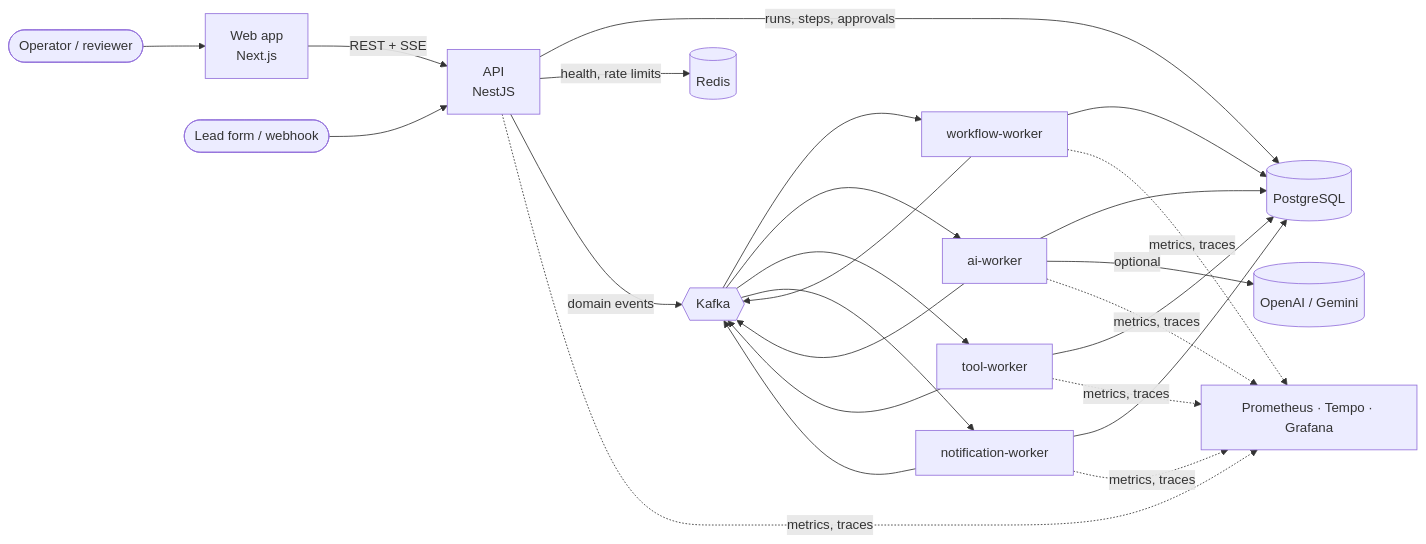
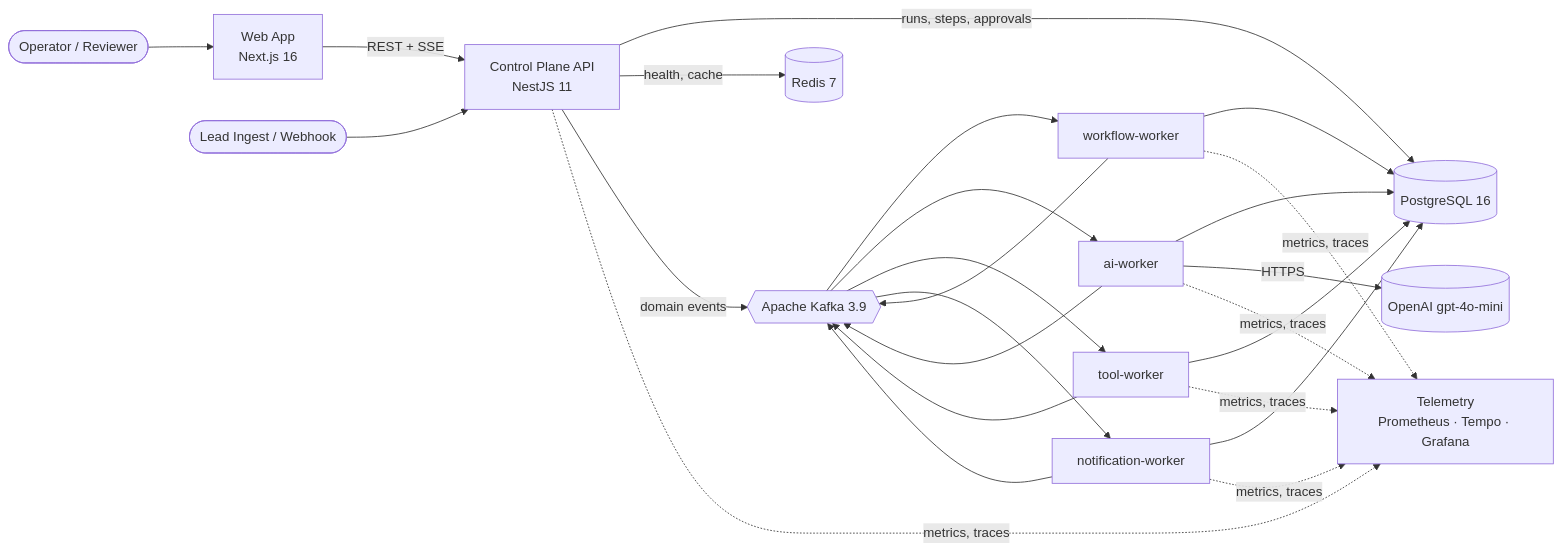
One commit to foxxiee04/AgentOps-AI-Agent-Workflow-Automation-Platform changed the first of 4 diagrams in docs/system-documentation.md. Above: the diagram before and after it, drawn with Mermaid. The commit also changed other lines of this file and 7 other files, not shown here.

Commit message:
docs: API, security, AI agent, roadmap, decisions and system overview

````diff
--- a/docs/system-documentation.md
+++ b/docs/system-documentation.md
@@ -48,31 +60,32 @@
 ```mermaid
 flowchart LR
-  user([Operator / reviewer]) --> web[Web app<br/>Next.js]
-  lead([Lead form / webhook]) --> api
-  web -->|REST + SSE| api[API<br/>NestJS]
+    user([Operator / Reviewer]) --> web[Web App<br/>Next.js 16]
+    lead([Lead Ingest / Webhook]) --> api
+    web -->|REST + SSE| api[Control Plane API<br/>NestJS 11]
 
-  api -->|runs, steps, approvals| pg[(PostgreSQL)]
-  api -->|health, rate limits| redis[(Redis)]
-  api -->|domain events| kafka{{Kafka}}
+    api -->|runs, steps, approvals| pg[(PostgreSQL 16)]
+    api -->|health, cache| redis[(Redis 7)]
+    api -->|domain events| kafka{{Apache Kafka 3.9}}
 
-  kafka --> ww[workflow-worker]
-  kafka --> aw[ai-worker]
-  kafka --> tw[tool-worker]
-  kafka --> nw[notification-worker]
-  ww --> kafka
-  aw --> kafka
-  tw --> kafka
-  nw --> kafka
+    kafka --> ww[workflow-worker]
+    kafka --> aw[ai-worker]
+    kafka --> tw[tool-worker]
+    kafka --> nw[notification-worker]
 
-  ww --> pg
-  aw --> pg
-  tw --> pg
-  nw --> pg
-  aw -->|optional| llm[(OpenAI / Gemini)]
+    ww --> kafka
+    aw --> kafka
+    tw --> kafka
+    nw --> kafka
 
-  api -. metrics, traces .-> obs[Prometheus · Tempo · Grafana]
-  ww -. metrics, traces .-> obs
-  aw -. metrics, traces .-> obs
-  tw -. metrics, traces .-> obs
-  nw -. metrics, traces .-> obs
+    ww --> pg
+    aw --> pg
+    tw --> pg
+    nw --> pg
+    aw -->|HTTPS| llm[(OpenAI gpt-4o-mini)]
+
+    api -. metrics, traces .-> obs[Telemetry<br/>Prometheus · Tempo · Grafana]
+    ww -. metrics, traces .-> obs
+    aw -. metrics, traces .-> obs
+    tw -. metrics, traces .-> obs
+    nw -. metrics, traces .-> obs
 ```
````
